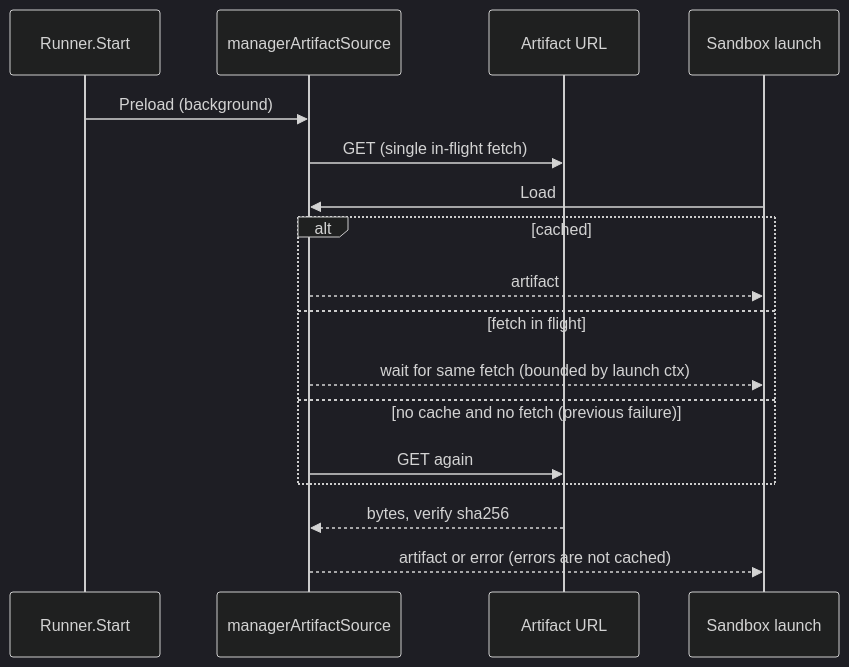
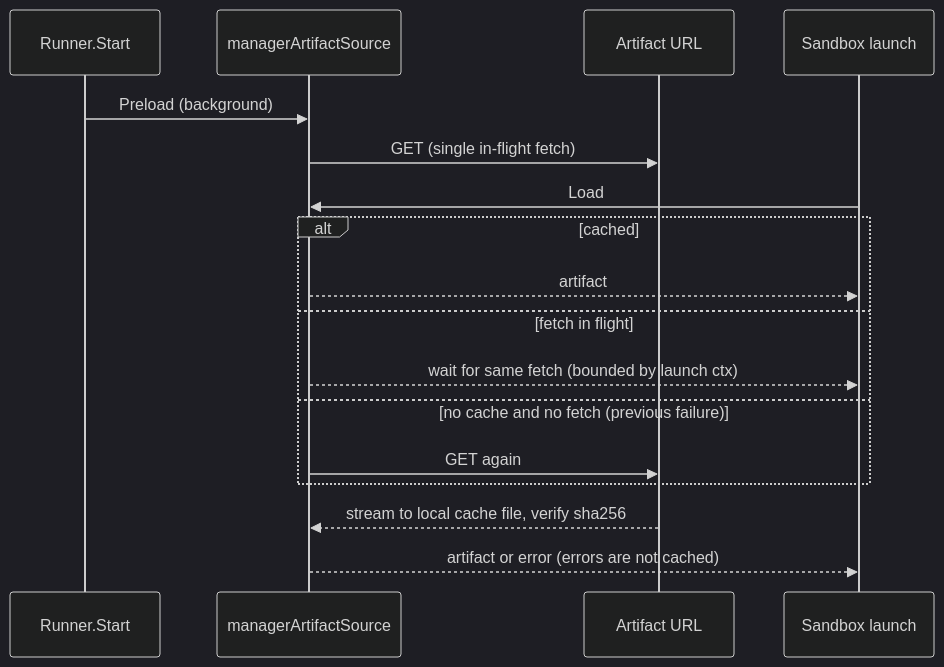
Before and after one commit to superduck-ai/open-managed-agents: the first of 3 diagrams in docs/design/be/e2b-sandbox-image-contract.md, drawn with Mermaid (dark theme). The commit also changed other lines of this file and 14 other files, not shown here.

````diff
--- a/docs/design/be/e2b-sandbox-image-contract.md
+++ b/docs/design/be/e2b-sandbox-image-contract.md
@@ -43,19 +45,19 @@
 ```mermaid
 sequenceDiagram
     participant S as Runner.Start
     participant A as managerArtifactSource
     participant U as Artifact URL
     participant W as Sandbox launch
     S->>A: Preload (background)
     A->>U: GET (single in-flight fetch)
     W->>A: Load
     alt cached
         A-->>W: artifact
     else fetch in flight
         A-->>W: wait for same fetch (bounded by launch ctx)
     else no cache and no fetch (previous failure)
         A->>U: GET again
     end
-    U-->>A: bytes, verify sha256
+    U-->>A: stream to local cache file, verify sha256
     A-->>W: artifact or error (errors are not cached)
 ```
````
